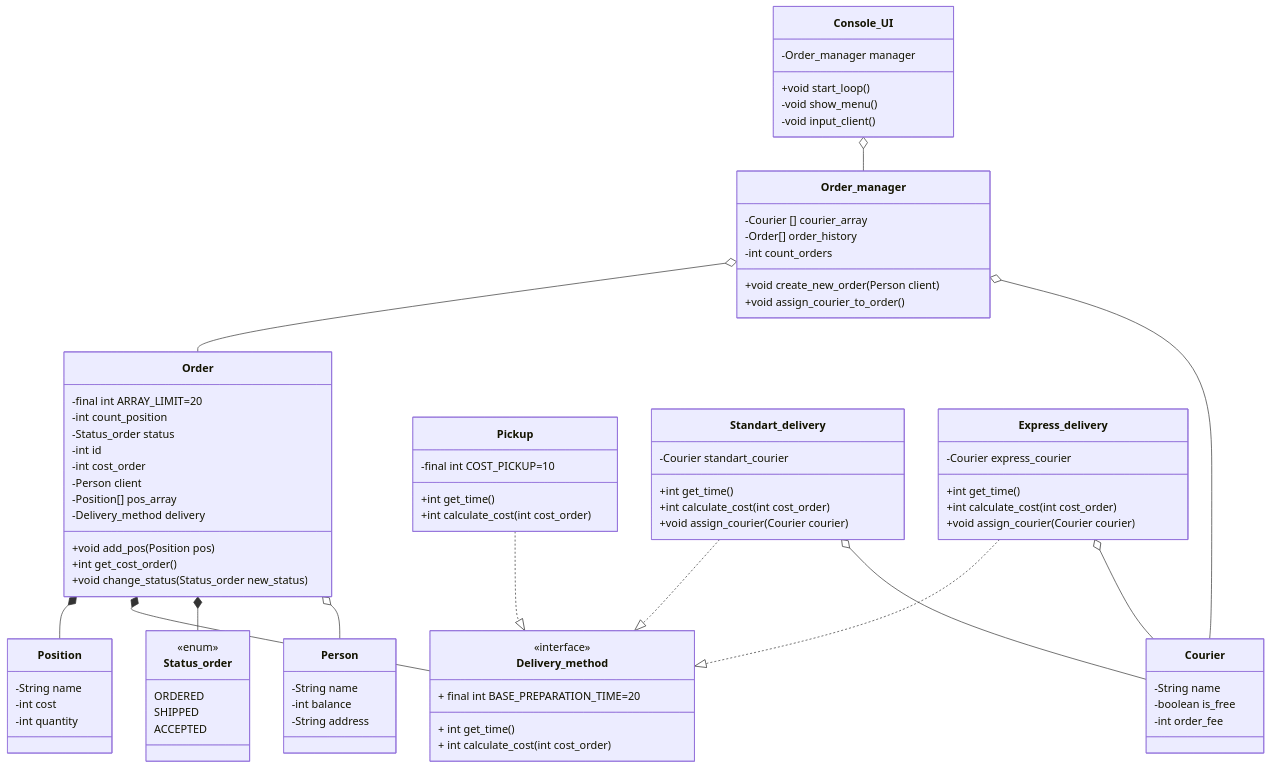
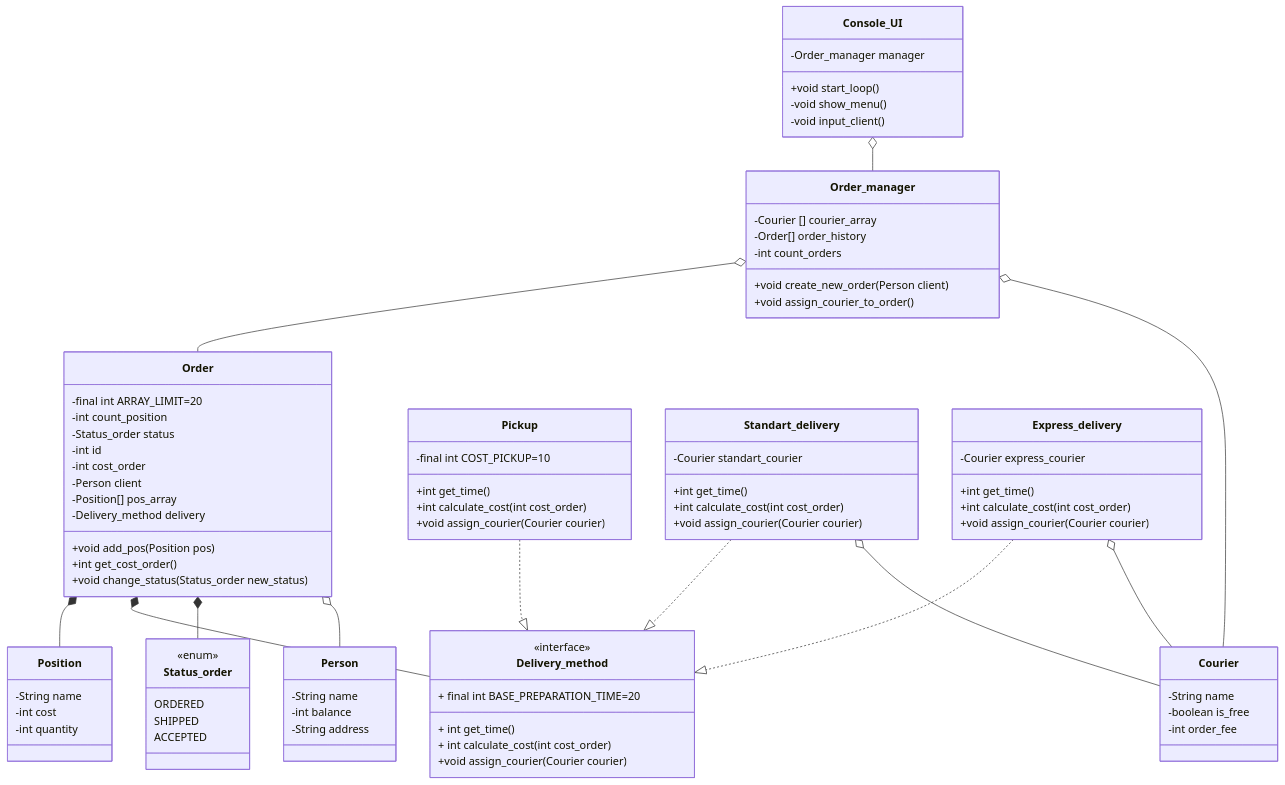
The diagram in README.md (kirillkushaev2007-boop/Labaratory1), drawn with Mermaid before and after one commit.

Commit message:
Update README.md
Add void assign_courier() method to Delivery_method interface in UML.
Update Pickup

```diff
--- a/README.md
+++ b/README.md
@@ -49,12 +49,14 @@
       + final int BASE_PREPARATION_TIME=20
       + int get_time()
       + int calculate_cost (int cost_order)
+      +void assign_courier (Courier courier)
    }
    %% Самовывоз (Pickup)
    class Pickup{
       -final int COST_PICKUP=10
       +int get_time()
       +int calculate_cost (int cost_order)
+      +void assign_courier (Courier courier)
    }
    %% Стандартная доставка (Standart_delivery)
    class Standart_delivery {
```
